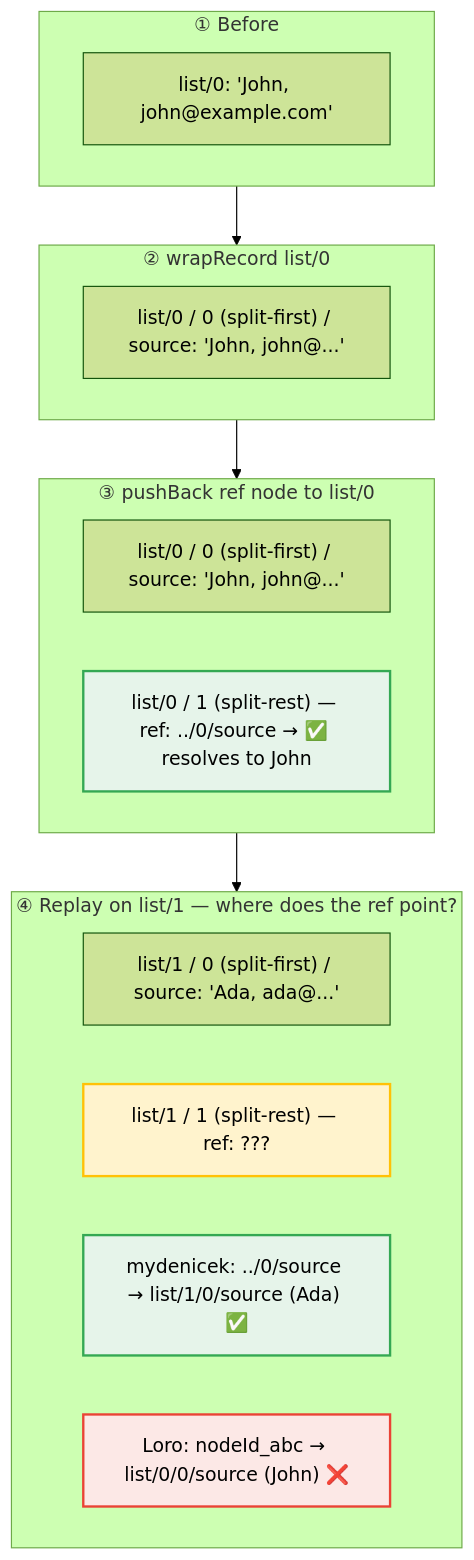
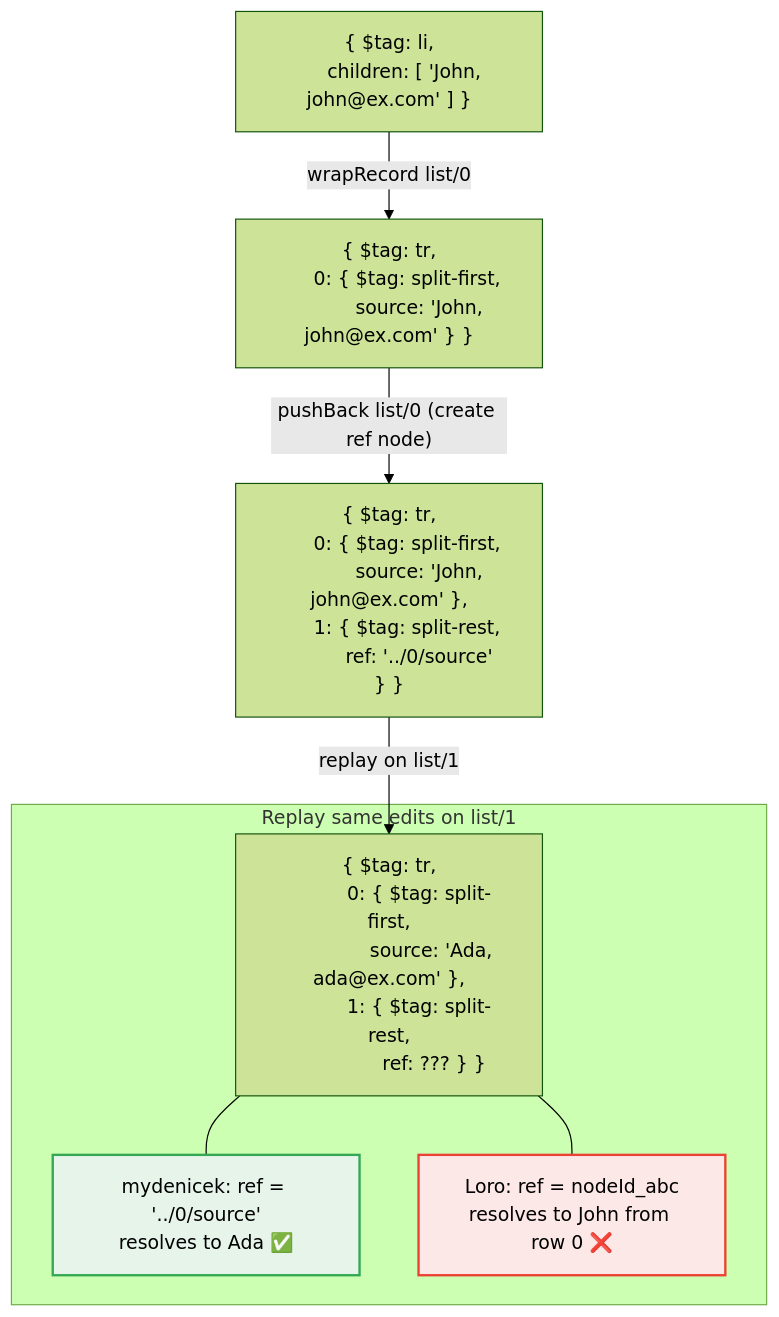
The diagram in img/retargeting.mmd (krsion/master-thesis), drawn with Mermaid (forest theme) before and after one commit. The commit also changed 1 other file, not shown here.

Commit message:
Retargeting diagram: materialized JSON view with operations as arrows
Shows document state as JSON at each step (li → wrapRecord → pushBack
ref node → replay on different row), making the Loro vs mydenicek
reference resolution difference concrete and readable.

```diff
--- a/img/retargeting.mmd
+++ b/img/retargeting.mmd
@@ -1,27 +1,33 @@
 graph TB
-    subgraph step1["① Before"]
-        S1["list/0: 'John, john@example.com'"]
+    S1["{ $tag: li,
+      children: [ 'John, john@ex.com' ] }"]
+    S2["{ $tag: tr,
+      0: { $tag: split-first,
+           source: 'John, john@ex.com' } }"]
+    S3["{ $tag: tr,
+      0: { $tag: split-first,
+           source: 'John, john@ex.com' },
+      1: { $tag: split-rest,
+           ref: '../0/source' } }"]
+
+    S1 -- "wrapRecord list/0" --> S2
+    S2 -- "pushBack list/0 (create ref node)" --> S3
+
+    subgraph replay["Replay same edits on list/1"]
+        S4["{ $tag: tr,
+          0: { $tag: split-first,
+               source: 'Ada, ada@ex.com' },
+          1: { $tag: split-rest,
+               ref: ??? } }"]
+        OK["mydenicek: ref = '../0/source'
+resolves to Ada ✅"]
+        BAD["Loro: ref = nodeId_abc
+resolves to John from row 0 ❌"]
     end
 
-    subgraph step2["② wrapRecord list/0"]
-        S2a["list/0 / 0 (split-first) / source: 'John, john@...'"]
-    end
+    S3 -- "replay on list/1" --> S4
+    S4 --- OK
+    S4 --- BAD
 
-    subgraph step3["③ pushBack ref node to list/0"]
-        S3a["list/0 / 0 (split-first) / source: 'John, john@...'"]
-        S3b["list/0 / 1 (split-rest) — ref: ../0/source → ✅ resolves to John"]
-    end
-
-    subgraph step4["④ Replay on list/1 — where does the ref point?"]
-        S4a["list/1 / 0 (split-first) / source: 'Ada, ada@...'"]
-        S4b["list/1 / 1 (split-rest) — ref: ???"]
-        S4c["mydenicek: ../0/source → list/1/0/source (Ada) ✅"]
-        S4d["Loro: nodeId_abc → list/0/0/source (John) ❌"]
-    end
-
-    step1 --> step2 --> step3 --> step4
-
-    style S3b fill:#e6f4ea,stroke:#34a853,stroke-width:2px
-    style S4b fill:#fff3cd,stroke:#ffc107,stroke-width:2px
-    style S4c fill:#e6f4ea,stroke:#34a853,stroke-width:2px
-    style S4d fill:#fce8e6,stroke:#ea4335,stroke-width:2px
+    style OK fill:#e6f4ea,stroke:#34a853,stroke-width:2px
+    style BAD fill:#fce8e6,stroke:#ea4335,stroke-width:2px
```
